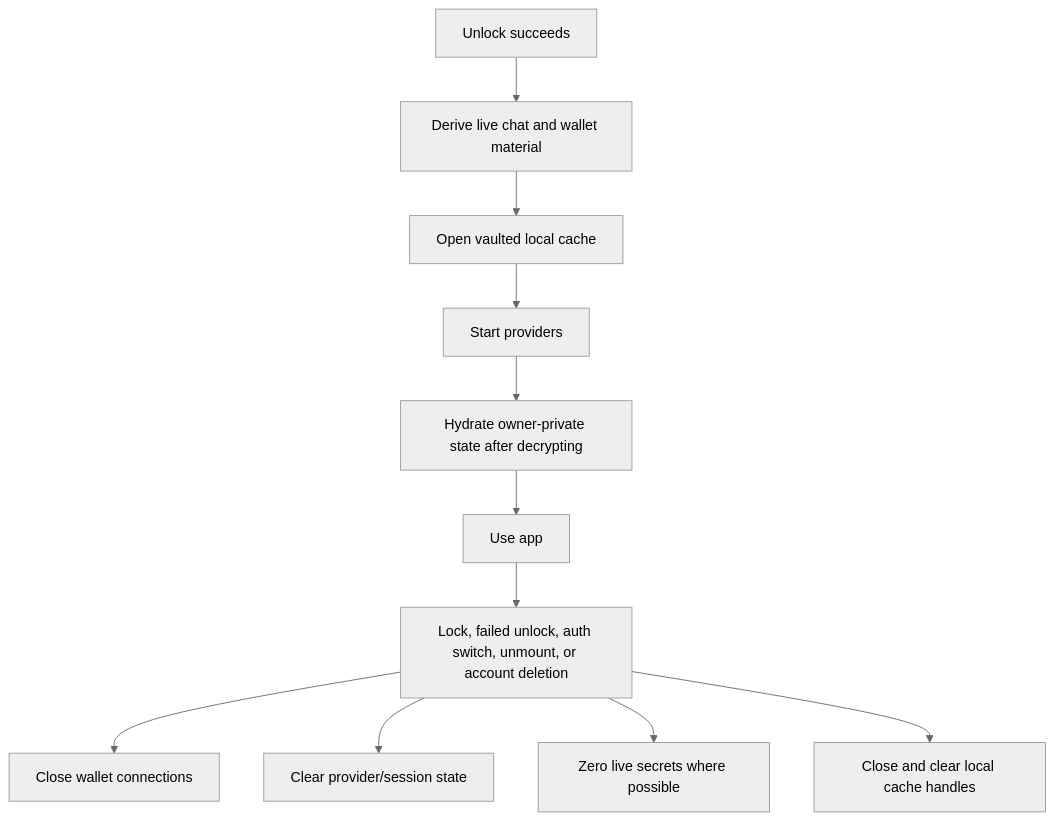
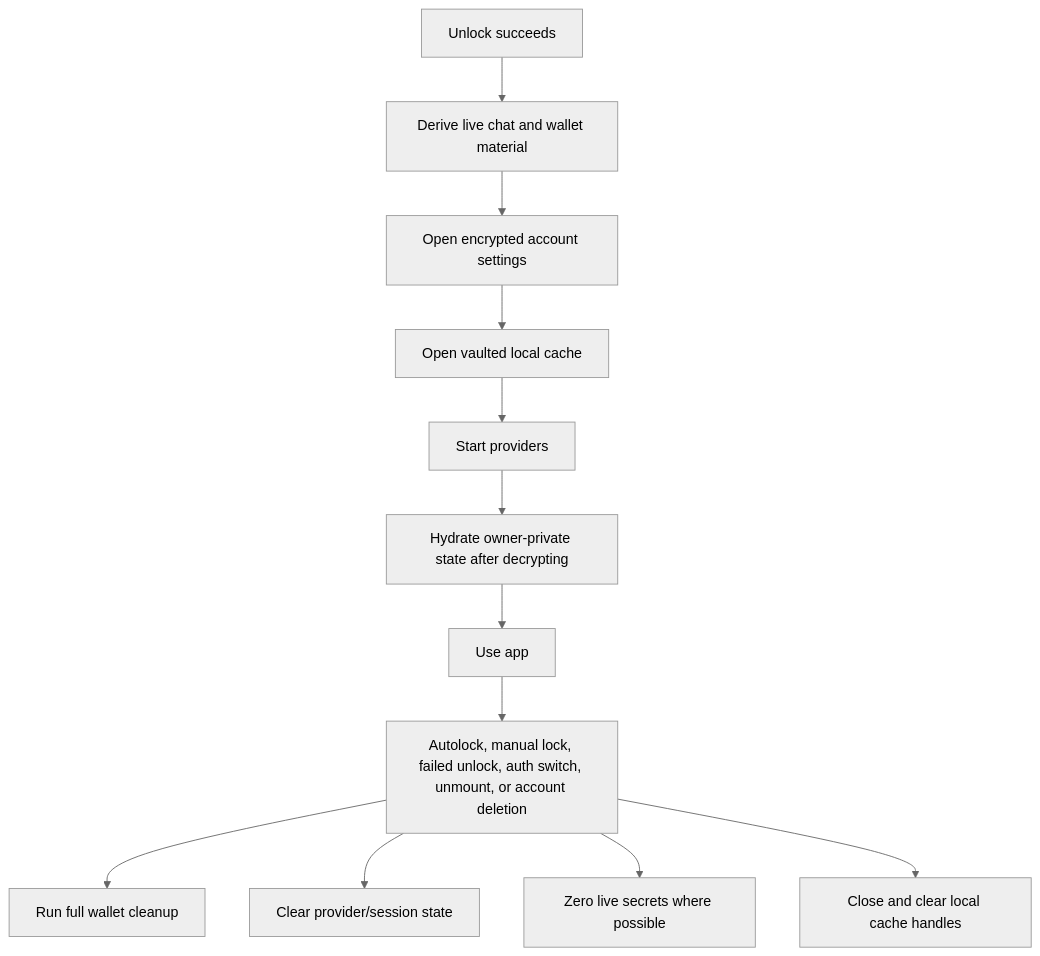
Before and after one commit to glyphteck/veyl: the second of 5 diagrams in lifecycle/user.md, drawn with Mermaid (neutral theme). The commit also changed other lines of this file and 53 other files, not shown here.

Commit message:
harden wallet cache and client load follow-up

````diff
--- a/lifecycle/user.md
+++ b/lifecycle/user.md
@@ -28,13 +30,14 @@
 ```mermaid
 flowchart TD
     A["Unlock succeeds"] --> B["Derive live chat and wallet material"]
-    B --> C["Open vaulted local cache"]
-    C --> D["Start providers"]
-    D --> E["Hydrate owner-private state after decrypting"]
-    E --> F["Use app"]
-    F --> G["Lock, failed unlock, auth switch, unmount, or account deletion"]
-    G --> H["Close wallet connections"]
-    G --> I["Clear provider/session state"]
-    G --> J["Zero live secrets where possible"]
-    G --> K["Close and clear local cache handles"]
+    B --> C["Open encrypted account settings"]
+    C --> D["Open vaulted local cache"]
+    D --> E["Start providers"]
+    E --> F["Hydrate owner-private state after decrypting"]
+    F --> G["Use app"]
+    G --> H["Autolock, manual lock, failed unlock, auth switch, unmount, or account deletion"]
+    H --> I["Run full wallet cleanup"]
+    H --> J["Clear provider/session state"]
+    H --> K["Zero live secrets where possible"]
+    H --> L["Close and clear local cache handles"]
 ```
````
